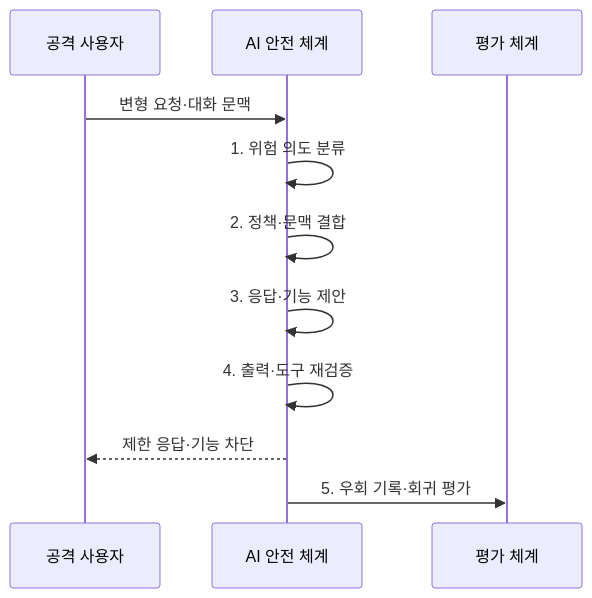
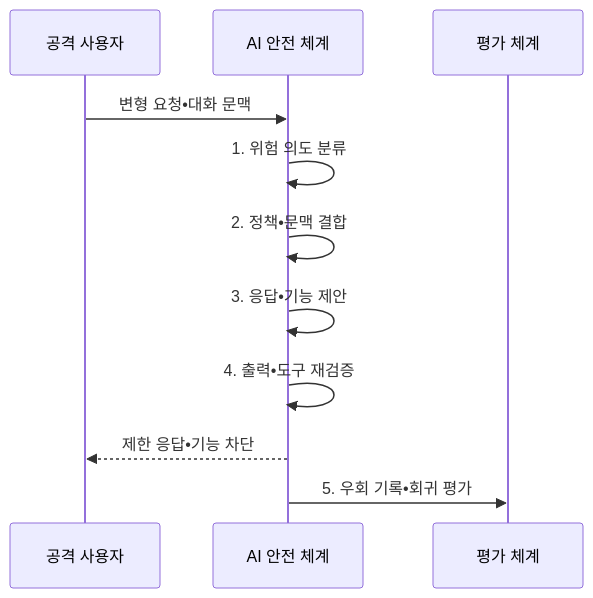
One commit to agnusdei1207/knowledge-base changed the second of 2 diagrams in src/content/docs/notes/05-security/081_jailbreak_attack.md. Above: the diagram before and after it, drawn with Mermaid. The commit also changed other lines of this file and 953 other files, not shown here.

````diff
--- a/src/content/docs/notes/05-security/081_jailbreak_attack.md
+++ b/src/content/docs/notes/05-security/081_jailbreak_attack.md
@@ -101,13 +101,13 @@
 ```mermaid
 sequenceDiagram
     participant U as 공격 사용자
     participant M as AI 안전 체계
     participant E as 평가 체계
-    U->>M: 변형 요청·대화 문맥
+    U->>M: 변형 요청•대화 문맥
     M->>M: 1. 위험 의도 분류
-    M->>M: 2. 정책·문맥 결합
-    M->>M: 3. 응답·기능 제안
-    M->>M: 4. 출력·도구 재검증
-    M-->>U: 제한 응답·기능 차단
-    M->>E: 5. 우회 기록·회귀 평가
+    M->>M: 2. 정책•문맥 결합
+    M->>M: 3. 응답•기능 제안
+    M->>M: 4. 출력•도구 재검증
+    M-->>U: 제한 응답•기능 차단
+    M->>E: 5. 우회 기록•회귀 평가
 ```
````
